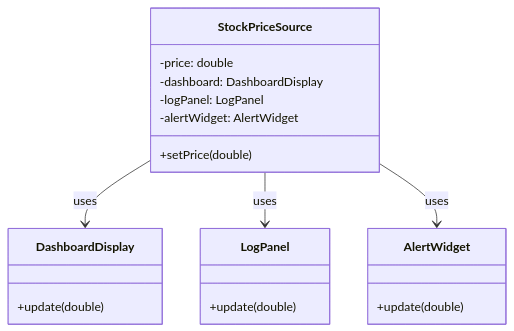
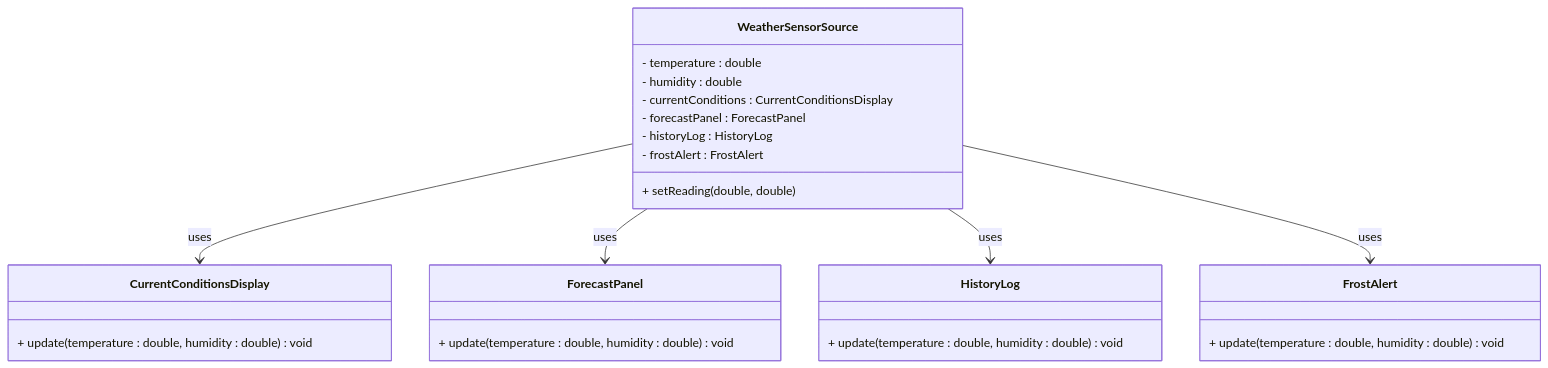
One commit to TroelsMortensen/Codelabs2 changed the diagram in Articles/SDT/Design Patterns/Observer Design Pattern/002 The Problem.md. Above: the diagram before and after it, drawn with Mermaid. The commit also changed other lines of this file, not shown here.

````diff
--- a/Articles/SDT/Design Patterns/Observer Design Pattern/002 The Problem.md
+++ b/Articles/SDT/Design Patterns/Observer Design Pattern/002 The Problem.md
@@ -59,22 +108,28 @@
 ```mermaid
 classDiagram
-    class StockPriceSource {
-        -price: double
-        -dashboard: DashboardDisplay
-        -logPanel: LogPanel
-        -alertWidget: AlertWidget
-        +setPrice(double)
+    class WeatherSensorSource {
+        - temperature : double
+        - humidity : double
+        - currentConditions : CurrentConditionsDisplay
+        - forecastPanel : ForecastPanel
+        - historyLog : HistoryLog
+        - frostAlert : FrostAlert
+        + setReading(double, double)
     }
-    class DashboardDisplay {
-        +update(double)
+    class CurrentConditionsDisplay {
+        + update(temperature : double, humidity : double) void
     }
-    class LogPanel {
-        +update(double)
+    class ForecastPanel {
+        + update(temperature : double, humidity : double) void
     }
-    class AlertWidget {
-        +update(double)
+    class HistoryLog {
+        + update(temperature : double, humidity : double) void
     }
-    StockPriceSource --> DashboardDisplay : uses
-    StockPriceSource --> LogPanel : uses
-    StockPriceSource --> AlertWidget : uses
+    class FrostAlert {
+        + update(temperature : double, humidity : double) void
+    }
+    WeatherSensorSource --> CurrentConditionsDisplay : uses
+    WeatherSensorSource --> ForecastPanel : uses
+    WeatherSensorSource --> HistoryLog : uses
+    WeatherSensorSource --> FrostAlert : uses
 ```
````
